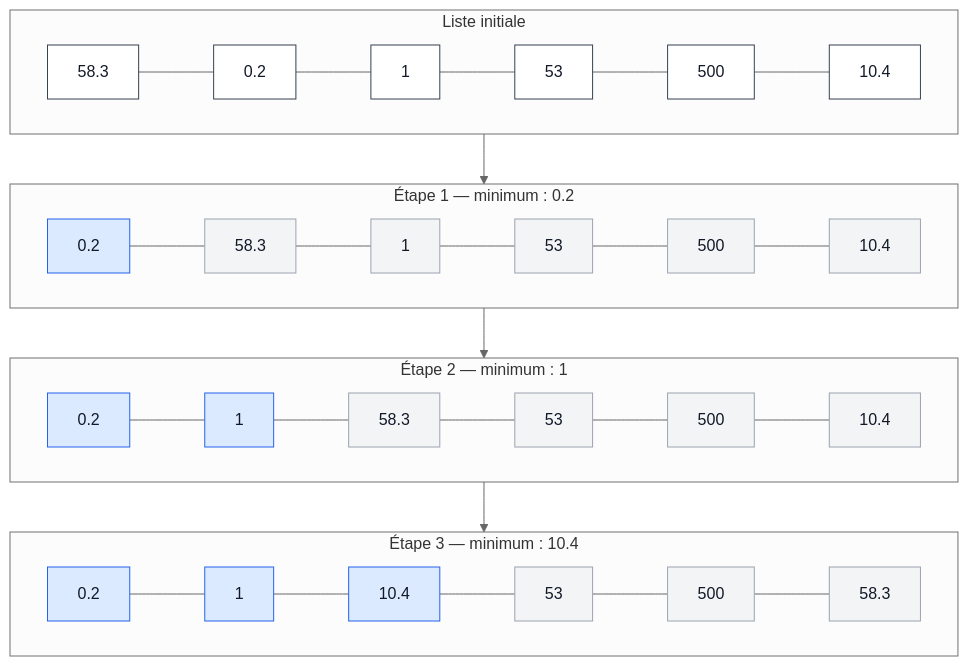
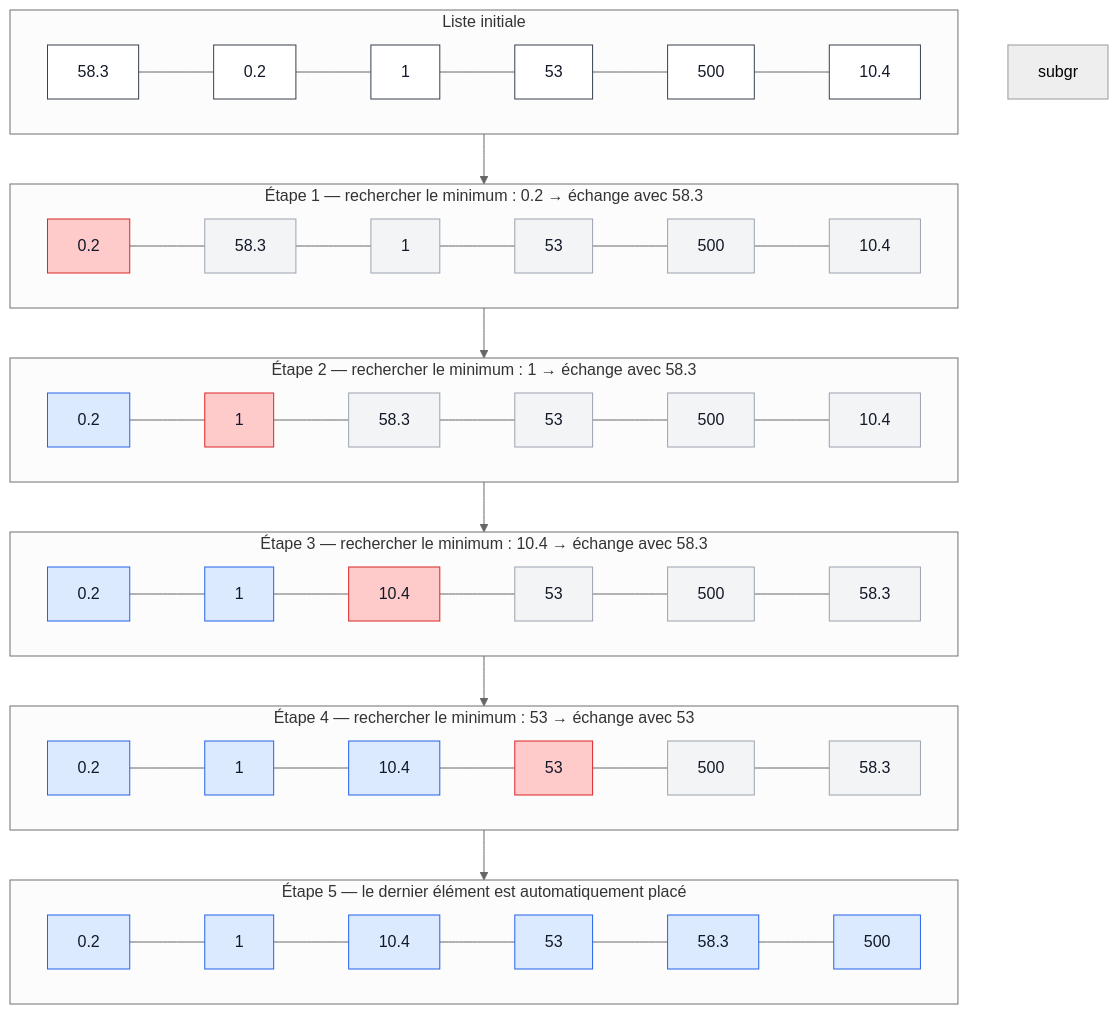
One commit to Ogust1-off/Informatique changed the first of 2 diagrams in cours.md. Above: the diagram before and after it, drawn with Mermaid (neutral theme). The commit also changed other lines of this file, not shown here.

````diff
--- a/cours.md
+++ b/cours.md
@@ -847,28 +847,41 @@
 ```mermaid
 flowchart TB
+
     subgraph S0["Liste initiale"]
         direction LR
         A1["58.3"]:::normal --- A2["0.2"]:::normal --- A3["1"]:::normal --- A4["53"]:::normal --- A5["500"]:::normal --- A6["10.4"]:::normal
     end
 
-    subgraph S1["Étape 1 — minimum : 0.2"]
+    subgraph S1["Étape 1 — rechercher le minimum : 0.2 → échange avec 58.3"]
         direction LR
-        B1["0.2"]:::sorted --- B2["58.3"]:::unsorted --- B3["1"]:::unsorted --- B4["53"]:::unsorted --- B5["500"]:::unsorted --- B6["10.4"]:::unsorted
+        B1["0.2"]:::selected --- B2["58.3"]:::unsorted --- B3["1"]:::unsorted --- B4["53"]:::unsorted --- B5["500"]:::unsorted --- B6["10.4"]:::unsorted
     end
 
-    subgraph S2["Étape 2 — minimum : 1"]
+    subgraph S2["Étape 2 — rechercher le minimum : 1 → échange avec 58.3"]
         direction LR
-        C1["0.2"]:::sorted --- C2["1"]:::sorted --- C3["58.3"]:::unsorted --- C4["53"]:::unsorted --- C5["500"]:::unsorted --- C6["10.4"]:::unsorted
+        C1["0.2"]:::sorted --- C2["1"]:::selected --- C3["58.3"]:::unsorted --- C4["53"]:::unsorted --- C5["500"]:::unsorted --- C6["10.4"]:::unsorted
     end
 
-    subgraph S3["Étape 3 — minimum : 10.4"]
+    subgraph S3["Étape 3 — rechercher le minimum : 10.4 → échange avec 58.3"]
         direction LR
-        D1["0.2"]:::sorted --- D2["1"]:::sorted --- D3["10.4"]:::sorted --- D4["53"]:::unsorted --- D5["500"]:::unsorted --- D6["58.3"]:::unsorted
+        D1["0.2"]:::sorted --- D2["1"]:::sorted --- D3["10.4"]:::selected --- D4["53"]:::unsorted --- D5["500"]:::unsorted --- D6["58.3"]:::unsorted
     end
 
-    S0 --> S1 --> S2 --> S3
+    subgraph S4["Étape 4 — rechercher le minimum : 53 → échange avec 53"]
+        direction LR
+        E1["0.2"]:::sorted --- E2["1"]:::sorted --- E3["10.4"]:::sorted --- E4["53"]:::selected --- E5["500"]:::unsorted --- E6["58.3"]:::unsorted
+    end
+
+    subgraph S5["Étape 5 — le dernier élément est automatiquement placé"]
+        direction LR
+        F1["0.2"]:::sorted --- F2["1"]:::sorted --- F3["10.4"]:::sorted --- F4["53"]:::sorted --- F5["58.3"]:::sorted --- F6["500"]:::sorted
+    end
+
+    S0 --> S1 --> S2 --> S3 --> S4 --> S5
 
     classDef normal fill:#ffffff,stroke:#374151,color:#111827;
     classDef sorted fill:#dbeafe,stroke:#2563eb,color:#111827;
+    classDef selected fill:#fecaca,stroke:#dc2626,color:#111827;
     classDef unsorted fill:#f3f4f6,stroke:#9ca3af,color:#111827;
+    subgr
 ```
````
